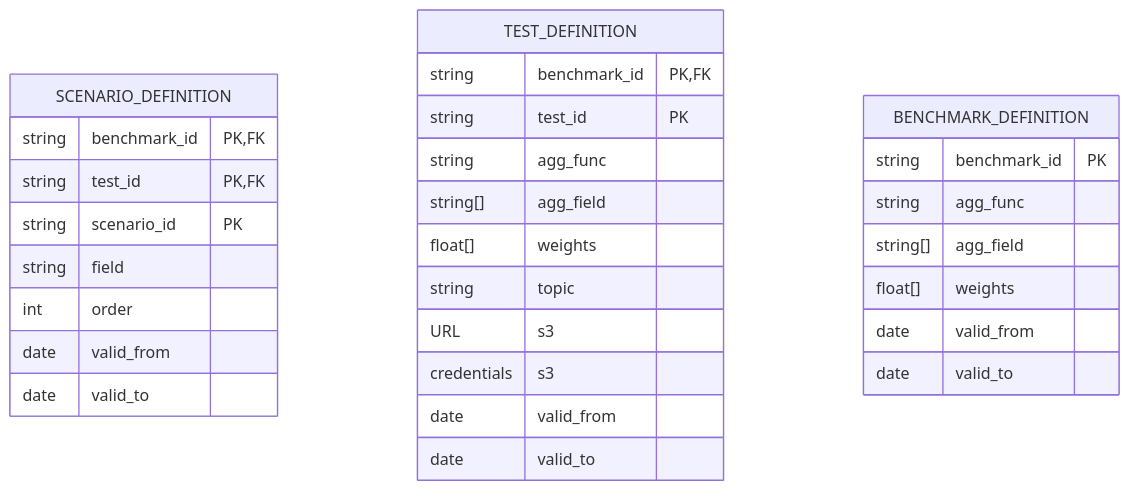
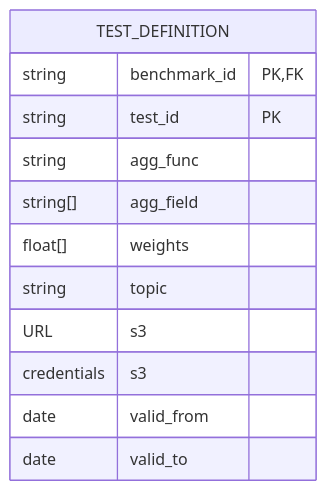
The fourth of 14 diagrams in docs/ARCHITECTURE.md (flatland-association/flatland-benchmarks), drawn with Mermaid before and after one commit. The commit also changed other lines of this file, not shown here.

Commit message:
Cleanup ER diagrams.

````diff
--- a/docs/ARCHITECTURE.md
+++ b/docs/ARCHITECTURE.md
@@ -576,34 +589,15 @@
 ```mermaid
 erDiagram
-  SCENARIO_DEFINITION {
-    string benchmark_id PK, FK
-    string test_id PK, FK
-    string scenario_id PK
-    string field
-    int order
-    date valid_from
-    date valid_to
-  }
-
   TEST_DEFINITION {
     string benchmark_id PK, FK
     string test_id PK
     string agg_func
     string[] agg_field
     float[] weights
     string topic
     URL s3
     credentials s3
     date valid_from
     date valid_to
   }
-
-  BENCHMARK_DEFINITION {
-    string benchmark_id PK
-    string agg_func
-    string[] agg_field
-    float[] weights
-    date valid_from
-    date valid_to
-  }
 ```
````
